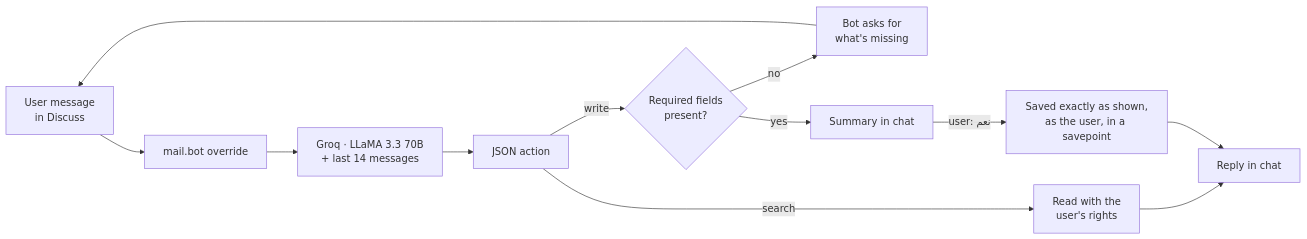
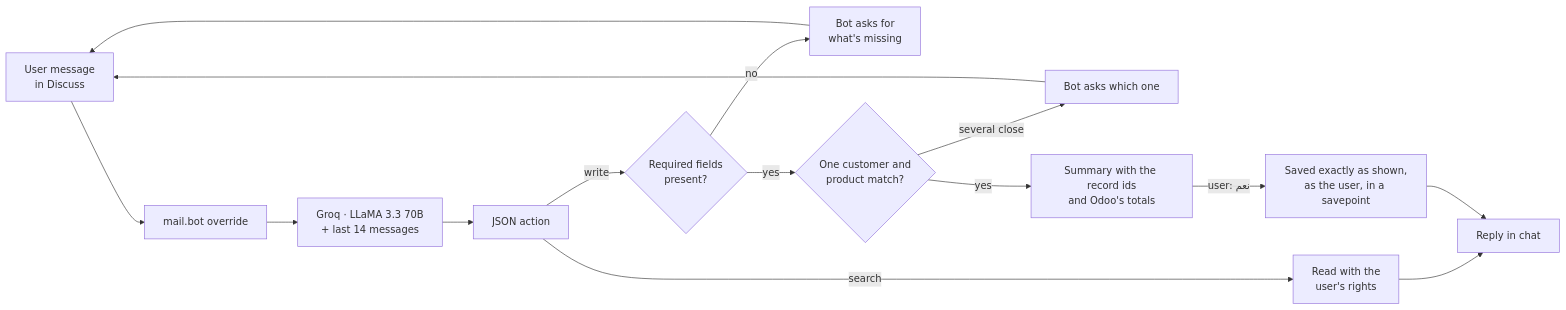
Before and after one commit to Marwankhater/AI_bot_for_odoo16: the diagram in README.md, drawn with Mermaid. The commit also changed other lines of this file and 5 other files, not shown here.

Commit message:
Match customer and product before the summary and save on the shown ids and totals

````diff
--- a/README.md
+++ b/README.md
@@ -32,12 +32,14 @@
 ```mermaid
 flowchart LR
     A["User message<br/>in Discuss"] --> B["mail.bot override"]
     B --> C["Groq · LLaMA 3.3 70B<br/>+ last 14 messages"]
     C --> D["JSON action"]
     D -- search --> S["Read with the<br/>user's rights"] --> I
     D -- write --> E{"Required fields<br/>present?"}
     E -- no --> F["Bot asks for<br/>what's missing"] --> A
-    E -- yes --> G["Summary in chat"]
+    E -- yes --> M{"One customer and<br/>product match?"}
+    M -- "several close" --> Q["Bot asks which one"] --> A
+    M -- yes --> G["Summary with the record ids<br/>and Odoo's totals"]
     G -- "user: نعم" --> H["Saved exactly as shown,<br/>as the user, in a savepoint"]
     H --> I["Reply in chat"]
 ```
````
